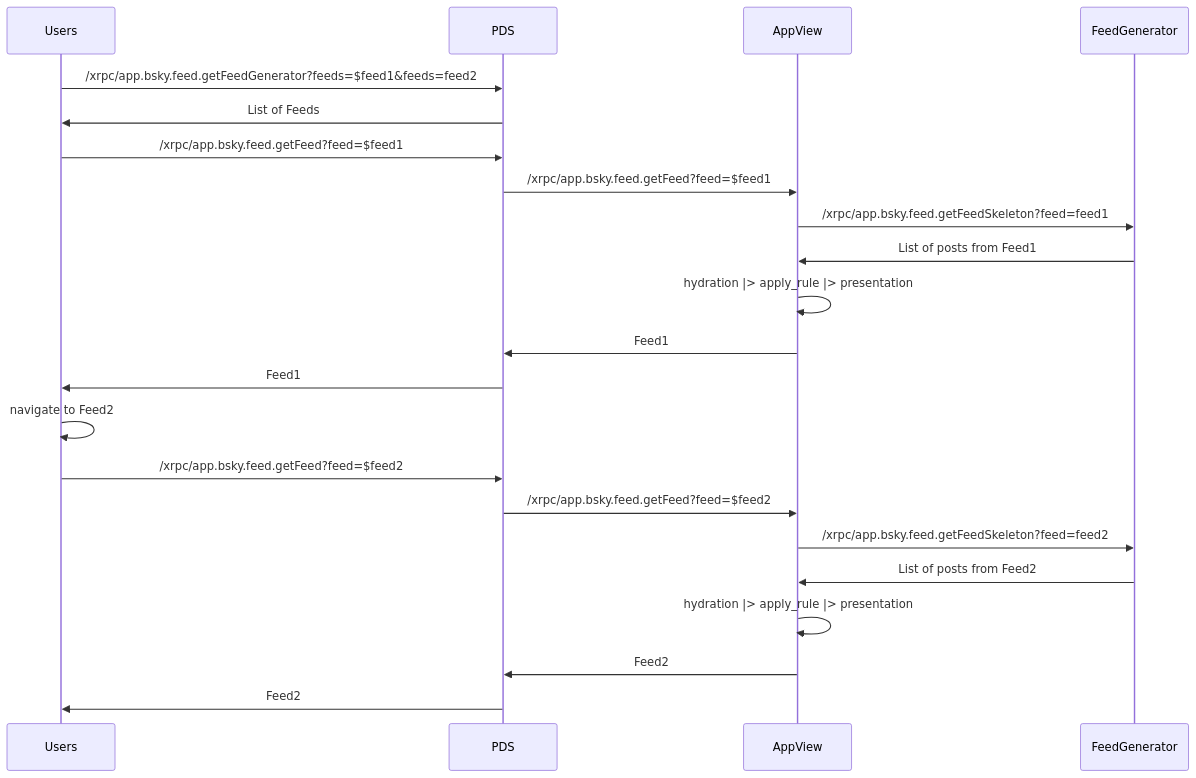
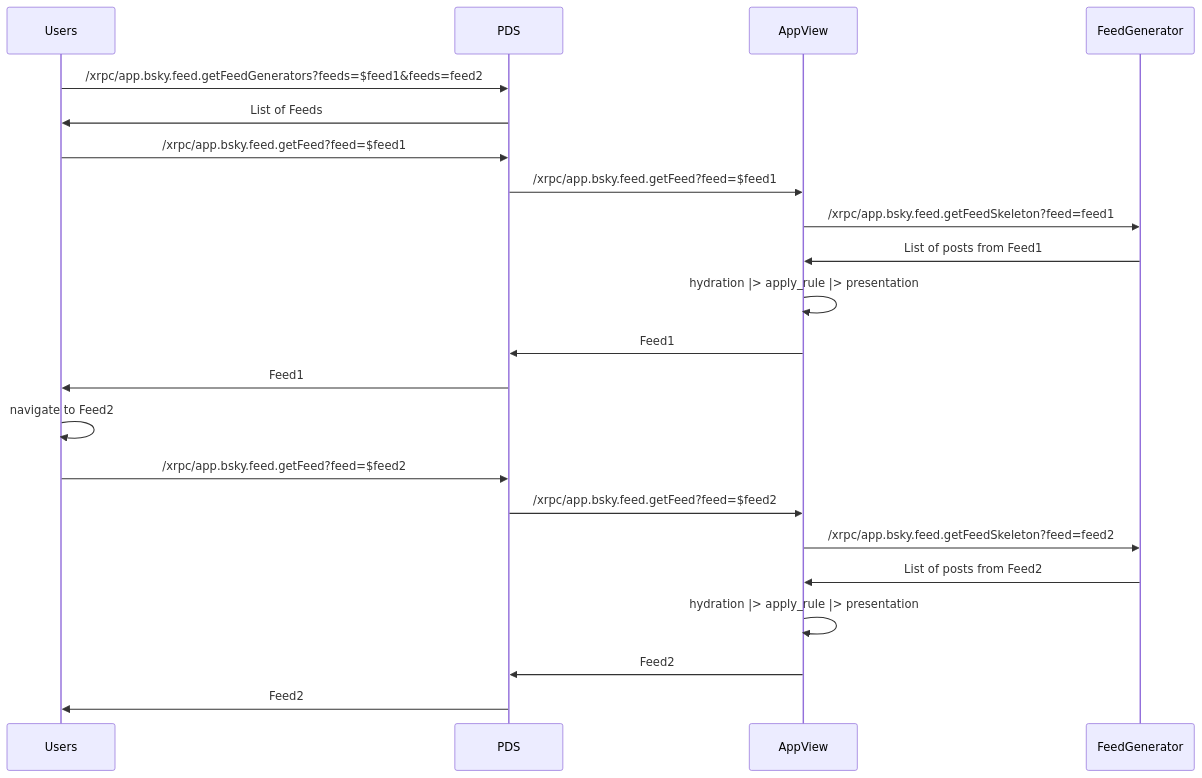
One commit to kepelet/discover.flooo.club changed the diagram in README.md. Above: the diagram before and after it, drawn with Mermaid.

Commit message:
docs: [skip ci] another one

````diff
--- a/README.md
+++ b/README.md
@@ -30,20 +30,20 @@
 ```mermaid
   sequenceDiagram
-  Users ->> PDS: /xrpc/app.bsky.feed.getFeedGenerator?feeds=$feed1&feeds=feed2
+  Users ->> PDS: /xrpc/app.bsky.feed.getFeedGenerators?feeds=$feed1&feeds=feed2
   PDS ->> Users: List of Feeds
   Users ->> PDS: /xrpc/app.bsky.feed.getFeed?feed=$feed1
   PDS ->> AppView: /xrpc/app.bsky.feed.getFeed?feed=$feed1
   AppView ->> FeedGenerator: /xrpc/app.bsky.feed.getFeedSkeleton?feed=feed1
   FeedGenerator ->> AppView: List of posts from Feed1
   AppView->> AppView: hydration |> apply_rule |> presentation
   AppView ->> PDS: Feed1
   PDS ->> Users: Feed1
   Users ->> Users: navigate to Feed2
   Users ->> PDS: /xrpc/app.bsky.feed.getFeed?feed=$feed2
   PDS ->> AppView: /xrpc/app.bsky.feed.getFeed?feed=$feed2
   AppView ->> FeedGenerator: /xrpc/app.bsky.feed.getFeedSkeleton?feed=feed2
   FeedGenerator ->> AppView: List of posts from Feed2
   AppView->> AppView: hydration |> apply_rule |> presentation
   AppView ->> PDS: Feed2
   PDS ->> Users: Feed2
 ```
````
